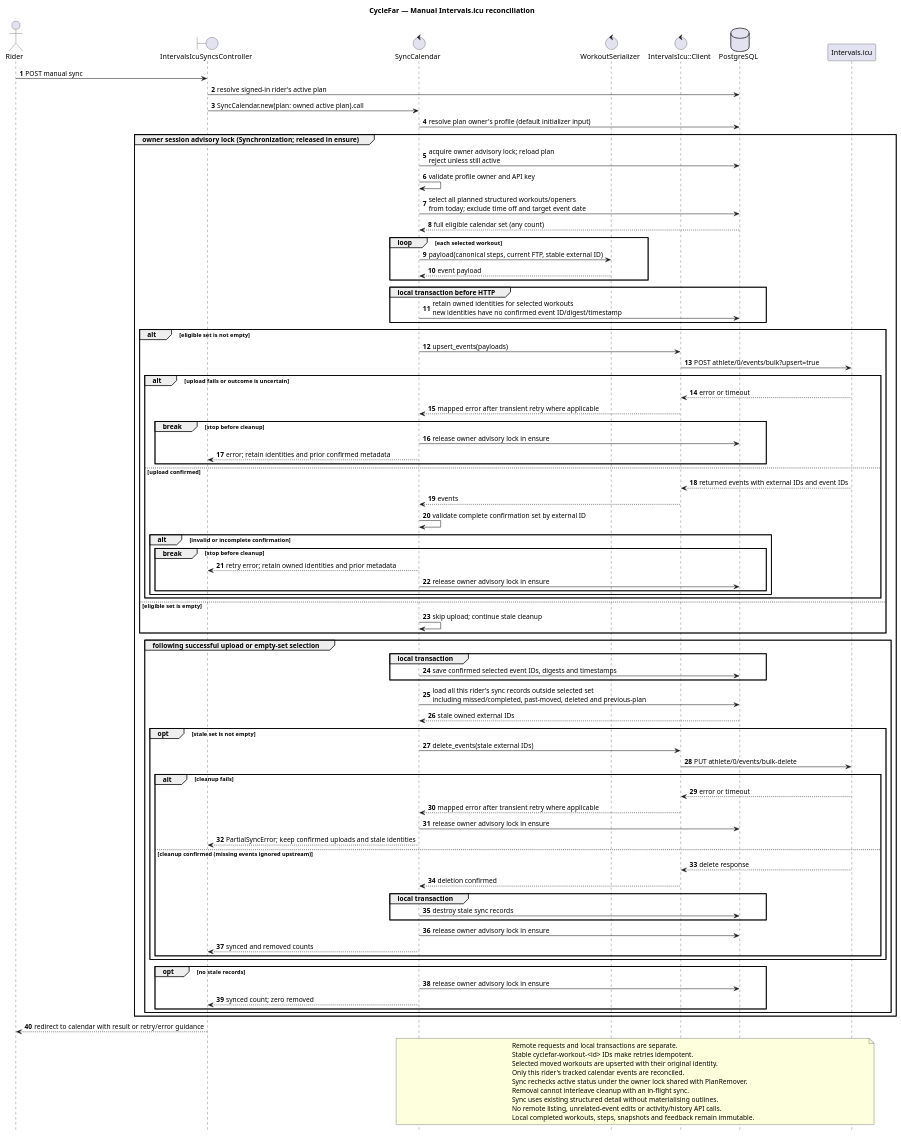
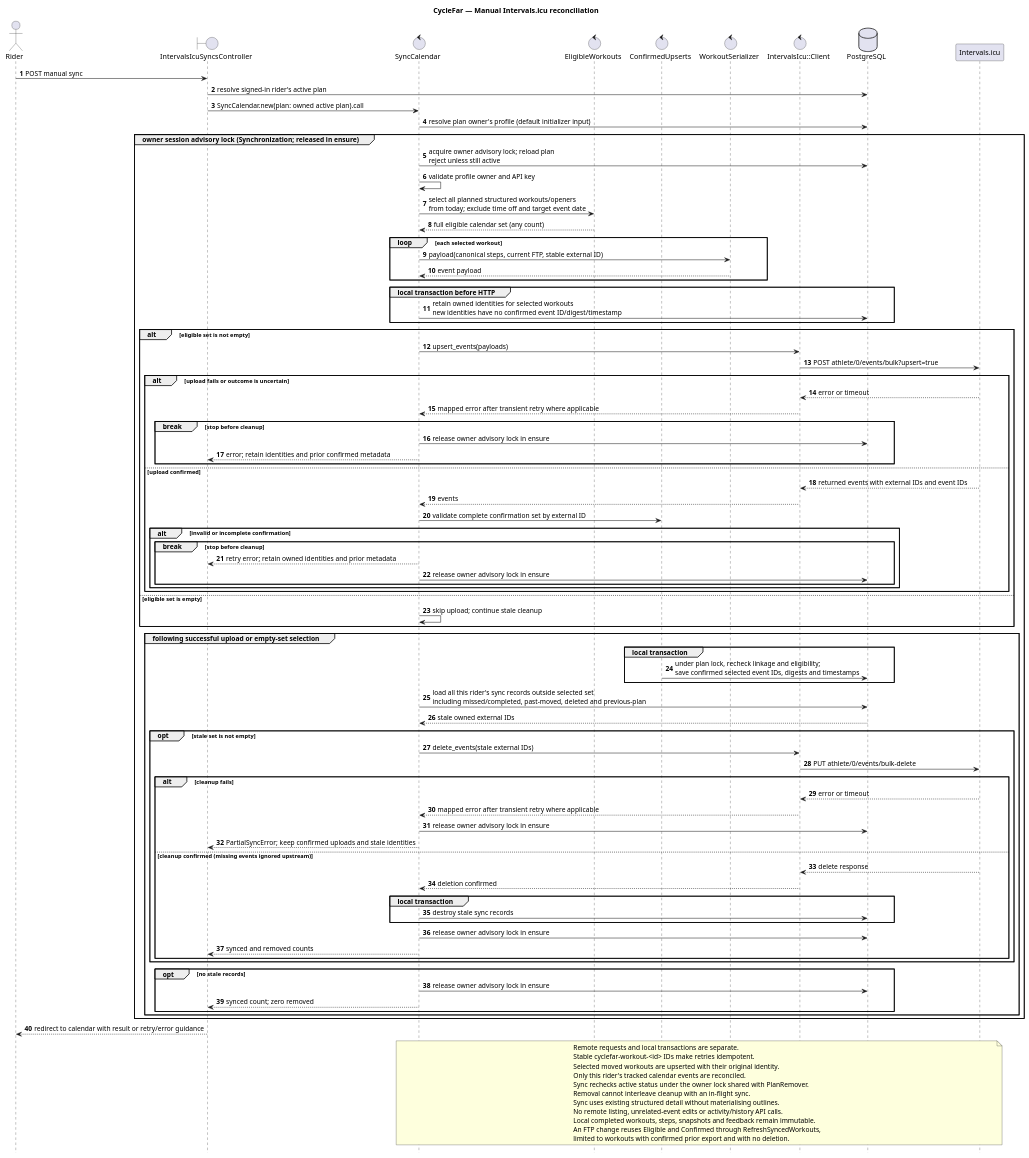
The diagram in docs/diagrams/sequence-cyclefar-intervals-icu-sync.puml (richardhartme/cyclefar), drawn with PlantUML before and after one commit. The commit also changed 23 other files, not shown here.

First line of the commit message:
Make docs a snapshot of current state and refresh diagrams

```diff
--- a/docs/diagrams/sequence-cyclefar-intervals-icu-sync.puml
+++ b/docs/diagrams/sequence-cyclefar-intervals-icu-sync.puml
@@ -1,100 +1,104 @@
 @startuml
 title CycleFar — Manual Intervals.icu reconciliation
 
 autonumber
 hide footbox
 
 actor Rider
 boundary "IntervalsIcuSyncsController" as Controller
 control "SyncCalendar" as Sync
+control "EligibleWorkouts" as Eligible
+control "ConfirmedUpserts" as Confirmed
 control "WorkoutSerializer" as Serializer
 control "IntervalsIcu::Client" as Client
 database "PostgreSQL" as Database
 participant "Intervals.icu" as Remote
 
 Rider -> Controller: POST manual sync
 Controller -> Database: resolve signed-in rider's active plan
 Controller -> Sync: SyncCalendar.new(plan: owned active plan).call
 Sync -> Database: resolve plan owner's profile (default initializer input)
 group owner session advisory lock (Synchronization; released in ensure)
 Sync -> Database: acquire owner advisory lock; reload plan\nreject unless still active
 Sync -> Sync: validate profile owner and API key
-Sync -> Database: select all planned structured workouts/openers\nfrom today; exclude time off and target event date
-Database --> Sync: full eligible calendar set (any count)
+Sync -> Eligible: select all planned structured workouts/openers\nfrom today; exclude time off and target event date
+Eligible --> Sync: full eligible calendar set (any count)
 loop each selected workout
   Sync -> Serializer: payload(canonical steps, current FTP, stable external ID)
   Serializer --> Sync: event payload
 end
 group local transaction before HTTP
   Sync -> Database: retain owned identities for selected workouts\nnew identities have no confirmed event ID/digest/timestamp
 end
 
 alt eligible set is not empty
   Sync -> Client: upsert_events(payloads)
   Client -> Remote: POST athlete/0/events/bulk?upsert=true
   alt upload fails or outcome is uncertain
     Remote --> Client: error or timeout
     Client --> Sync: mapped error after transient retry where applicable
     break stop before cleanup
       Sync -> Database: release owner advisory lock in ensure
       Sync --> Controller: error; retain identities and prior confirmed metadata
     end
   else upload confirmed
     Remote --> Client: returned events with external IDs and event IDs
     Client --> Sync: events
-    Sync -> Sync: validate complete confirmation set by external ID
+    Sync -> Confirmed: validate complete confirmation set by external ID
     alt invalid or incomplete confirmation
       break stop before cleanup
         Sync --> Controller: retry error; retain owned identities and prior metadata
         Sync -> Database: release owner advisory lock in ensure
       end
     end
   end
 else eligible set is empty
   Sync -> Sync: skip upload; continue stale cleanup
 end
 
 group following successful upload or empty-set selection
   group local transaction
-    Sync -> Database: save confirmed selected event IDs, digests and timestamps
+    Confirmed -> Database: under plan lock, recheck linkage and eligibility;\nsave confirmed selected event IDs, digests and timestamps
   end
   Sync -> Database: load all this rider's sync records outside selected set\nincluding missed/completed, past-moved, deleted and previous-plan
   Database --> Sync: stale owned external IDs
   opt stale set is not empty
     Sync -> Client: delete_events(stale external IDs)
     Client -> Remote: PUT athlete/0/events/bulk-delete
     alt cleanup fails
       Remote --> Client: error or timeout
       Client --> Sync: mapped error after transient retry where applicable
       Sync -> Database: release owner advisory lock in ensure
       Sync --> Controller: PartialSyncError; keep confirmed uploads and stale identities
     else cleanup confirmed (missing events ignored upstream)
       Remote --> Client: delete response
       Client --> Sync: deletion confirmed
       group local transaction
         Sync -> Database: destroy stale sync records
       end
       Sync -> Database: release owner advisory lock in ensure
       Sync --> Controller: synced and removed counts
     end
   end
   opt no stale records
     Sync -> Database: release owner advisory lock in ensure
     Sync --> Controller: synced count; zero removed
   end
 end
 end
 Controller --> Rider: redirect to calendar with result or retry/error guidance
 
 note over Sync, Remote
   Remote requests and local transactions are separate.
   Stable cyclefar-workout-<id> IDs make retries idempotent.
   Selected moved workouts are upserted with their original identity.
   Only this rider's tracked calendar events are reconciled.
   Sync rechecks active status under the owner lock shared with PlanRemover.
   Removal cannot interleave cleanup with an in-flight sync.
   Sync uses existing structured detail without materialising outlines.
   No remote listing, unrelated-event edits or activity/history API calls.
   Local completed workouts, steps, snapshots and feedback remain immutable.
+  An FTP change reuses Eligible and Confirmed through RefreshSyncedWorkouts,
+  limited to workouts with confirmed prior export and with no deletion.
 end note
 @enduml
```
